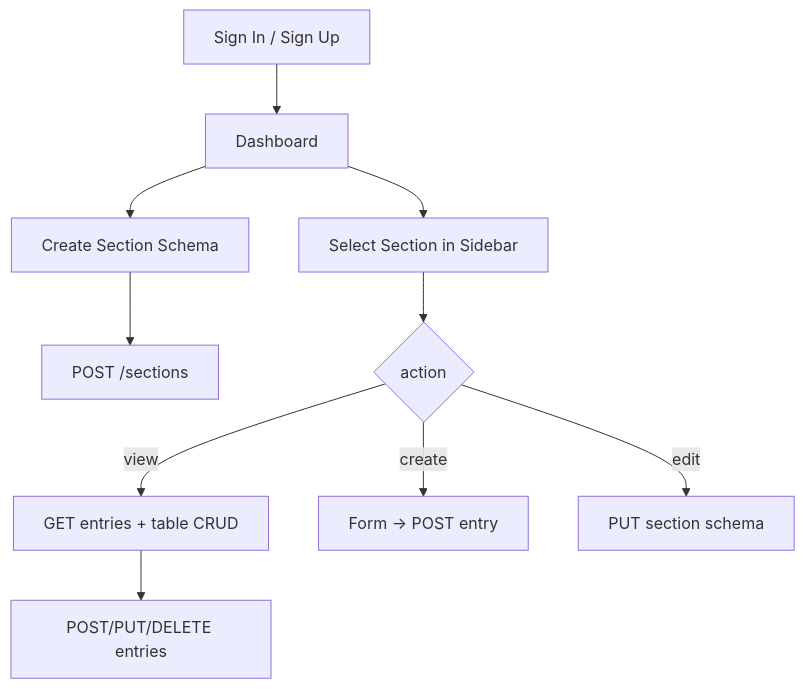
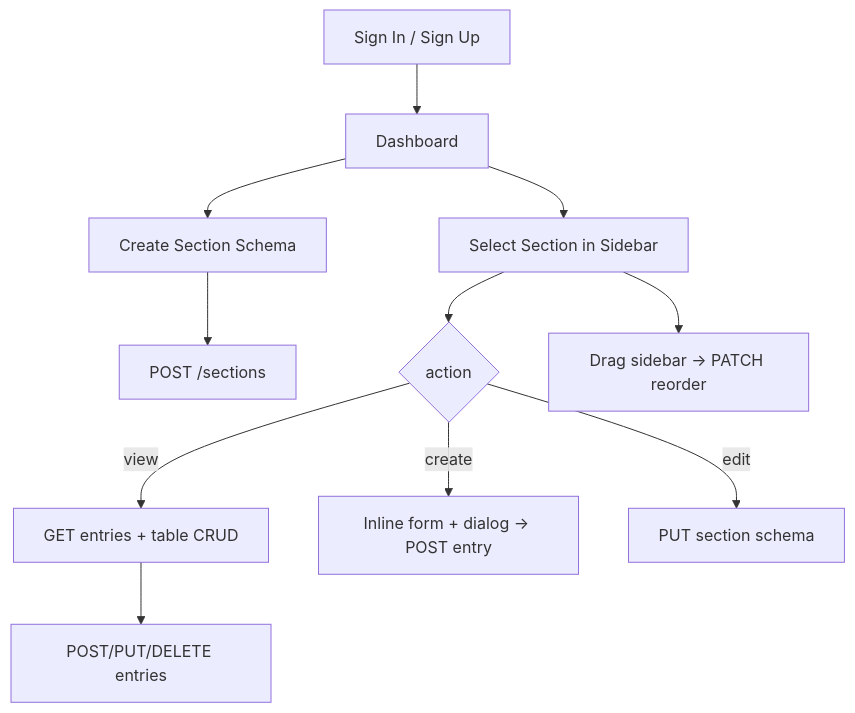
The diagram in PROJECT_CONTEXT.md (prajapatidk/anyit-school-cms), drawn with Mermaid before and after one commit. The commit also changed other lines of this file, not shown here.

````diff
--- a/PROJECT_CONTEXT.md
+++ b/PROJECT_CONTEXT.md
@@ -285,12 +356,13 @@
 ```mermaid
 flowchart TD
   A[Sign In / Sign Up] --> B[Dashboard]
   B --> C[Create Section Schema]
   C --> D[POST /sections]
   B --> E[Select Section in Sidebar]
   E --> F{action}
   F -->|view| G[GET entries + table CRUD]
-  F -->|create| H[Form → POST entry]
+  F -->|create| H[Inline form + dialog → POST entry]
   F -->|edit| I[PUT section schema]
   G --> J[POST/PUT/DELETE entries]
+  E --> K[Drag sidebar → PATCH reorder]
 ```
````
